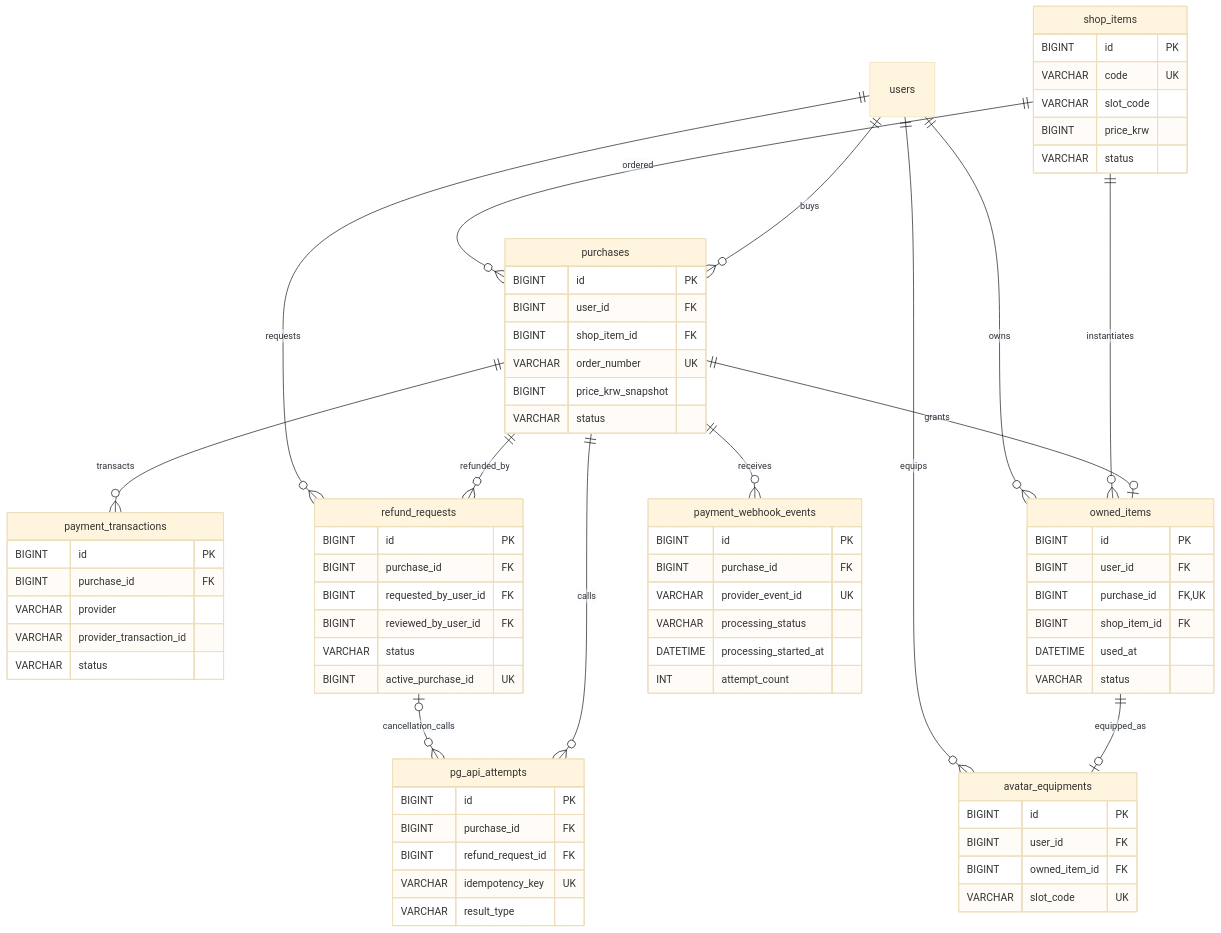
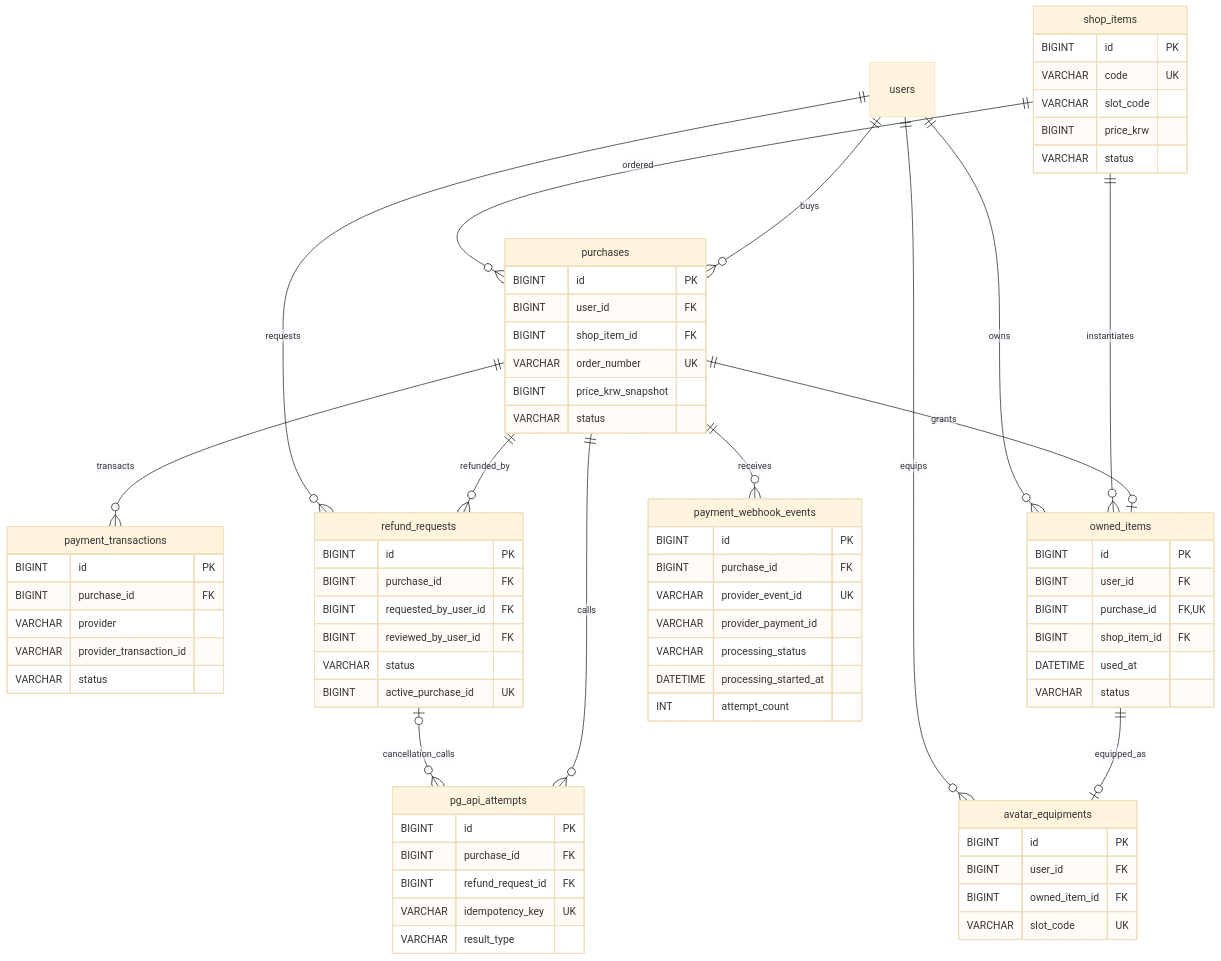
One commit to heebaek200/shared-creature-game changed the fourth of 5 diagrams in docs/database-design.md. Above: the diagram before and after it, drawn with Mermaid (base theme). The commit also changed other lines of this file and 9 other files, not shown here.

````diff
--- a/docs/database-design.md
+++ b/docs/database-design.md
@@ -356,76 +356,77 @@
 ```mermaid
 erDiagram
     shop_items {
         BIGINT id PK
         VARCHAR code UK
         VARCHAR slot_code
         BIGINT price_krw
         VARCHAR status
     }
     purchases {
         BIGINT id PK
         BIGINT user_id FK
         BIGINT shop_item_id FK
         VARCHAR order_number UK
         BIGINT price_krw_snapshot
         VARCHAR status
     }
     payment_transactions {
         BIGINT id PK
         BIGINT purchase_id FK
         VARCHAR provider
         VARCHAR provider_transaction_id
         VARCHAR status
     }
     owned_items {
         BIGINT id PK
         BIGINT user_id FK
         BIGINT purchase_id FK, UK
         BIGINT shop_item_id FK
         DATETIME used_at
         VARCHAR status
     }
     avatar_equipments {
         BIGINT id PK
         BIGINT user_id FK
         BIGINT owned_item_id FK
         VARCHAR slot_code UK
     }
     refund_requests {
         BIGINT id PK
         BIGINT purchase_id FK
         BIGINT requested_by_user_id FK
         BIGINT reviewed_by_user_id FK
         VARCHAR status
         BIGINT active_purchase_id UK
     }
     pg_api_attempts {
         BIGINT id PK
         BIGINT purchase_id FK
         BIGINT refund_request_id FK
         VARCHAR idempotency_key UK
         VARCHAR result_type
     }
     payment_webhook_events {
         BIGINT id PK
         BIGINT purchase_id FK
         VARCHAR provider_event_id UK
+        VARCHAR provider_payment_id
         VARCHAR processing_status
         DATETIME processing_started_at
         INT attempt_count
     }
 
     users ||--o{ purchases : buys
     shop_items ||--o{ purchases : ordered
     purchases ||--o{ payment_transactions : transacts
     purchases ||--o| owned_items : grants
     shop_items ||--o{ owned_items : instantiates
     users ||--o{ owned_items : owns
     owned_items ||--o| avatar_equipments : equipped_as
     users ||--o{ avatar_equipments : equips
     purchases ||--o{ refund_requests : refunded_by
     users ||--o{ refund_requests : requests
     purchases ||--o{ pg_api_attempts : calls
     refund_requests o|--o{ pg_api_attempts : cancellation_calls
     purchases ||--o{ payment_webhook_events : receives
 ```
````
